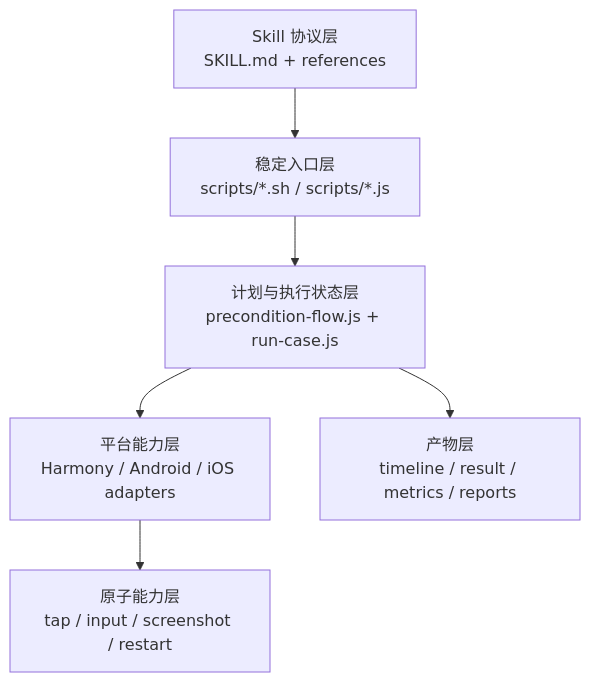
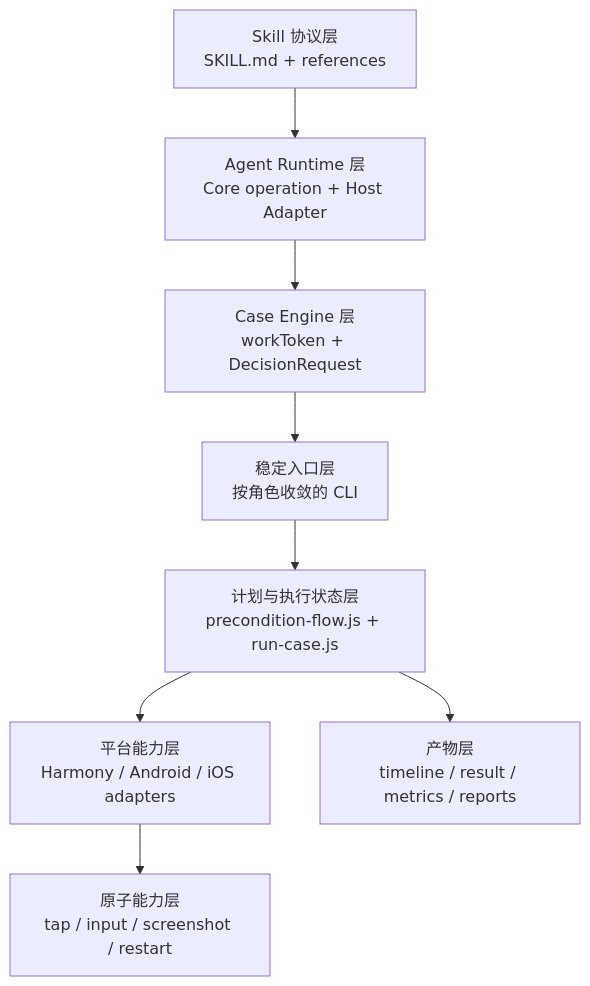
One commit to lianghuihui-plus/DevKit changed the fourth of 5 diagrams in skills/mobile-ai-visual-test/docs/architecture.md. Above: the diagram before and after it, drawn with Mermaid. The commit also changed other lines of this file and 34 other files, not shown here.

Commit message:
完善移动视觉测试 Agent Runtime 可信执行闭环

````diff
--- a/skills/mobile-ai-visual-test/docs/architecture.md
+++ b/skills/mobile-ai-visual-test/docs/architecture.md
@@ -76,11 +75,13 @@
 ```mermaid
 flowchart TB
   L1["Skill 协议层<br/>SKILL.md + references"]
-  L2["稳定入口层<br/>scripts/*.sh / scripts/*.js"]
+  LR["Agent Runtime 层<br/>Core operation + Host Adapter"]
+  CE["Case Engine 层<br/>workToken + DecisionRequest"]
+  L2["稳定入口层<br/>按角色收敛的 CLI"]
   L3["计划与执行状态层<br/>precondition-flow.js + run-case.js"]
   L4["平台能力层<br/>Harmony / Android / iOS adapters"]
   L5["原子能力层<br/>tap / input / screenshot / restart"]
   L6["产物层<br/>timeline / result / metrics / reports"]
-  L1 --> L2 --> L3 --> L4 --> L5
+  L1 --> LR --> CE --> L2 --> L3 --> L4 --> L5
   L3 --> L6
 ```
````
